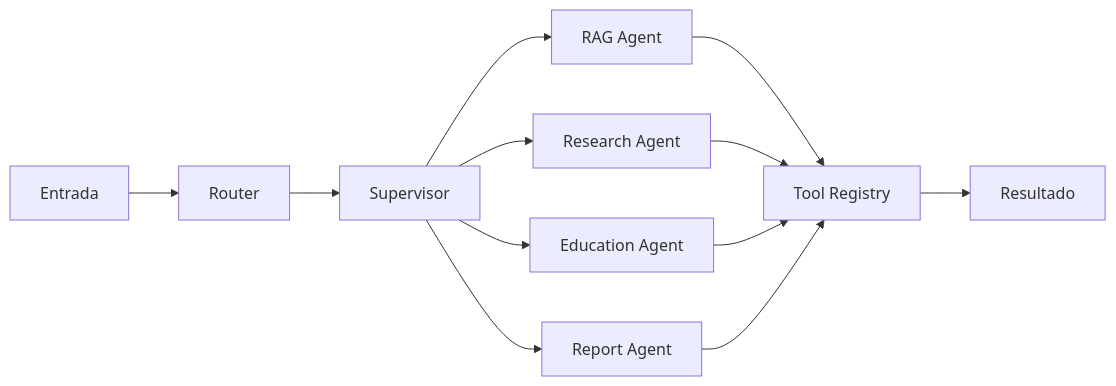
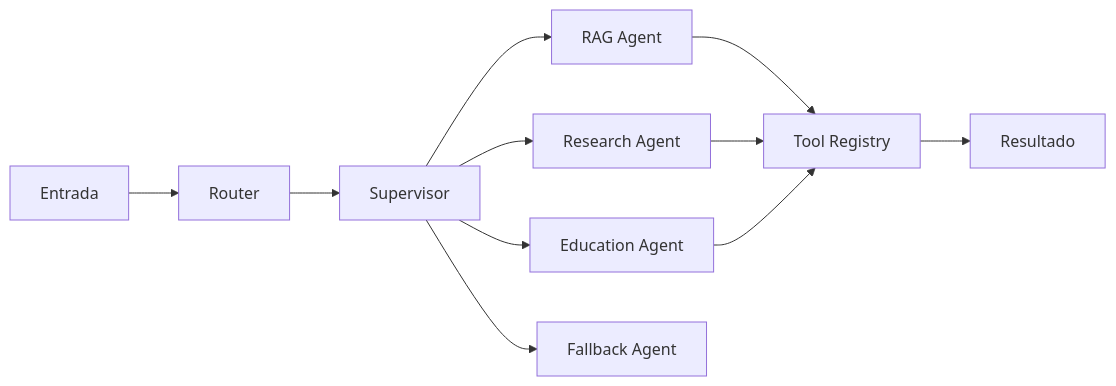
Before and after one commit to Rogerio5/INNA-AI-Engineering-Portfolio: the third of 26 diagrams in README.md, drawn with Mermaid. The commit also changed other lines of this file, not shown here.

````diff
--- a/README.md
+++ b/README.md
@@ -158,21 +160,20 @@
 ```mermaid
 flowchart LR
 
     INPUT[Entrada]
 
     INPUT --> ROUTER[Router]
 
     ROUTER --> SUP[Supervisor]
 
     SUP --> RAG[RAG Agent]
     SUP --> RESEARCH[Research Agent]
     SUP --> EDUCATION[Education Agent]
-    SUP --> REPORT[Report Agent]
+    SUP --> FALLBACK[Fallback Agent]
 
     RAG --> TOOLS[Tool Registry]
     RESEARCH --> TOOLS
     EDUCATION --> TOOLS
-    REPORT --> TOOLS
 
     TOOLS --> RESULT[Resultado]
 ```
````
